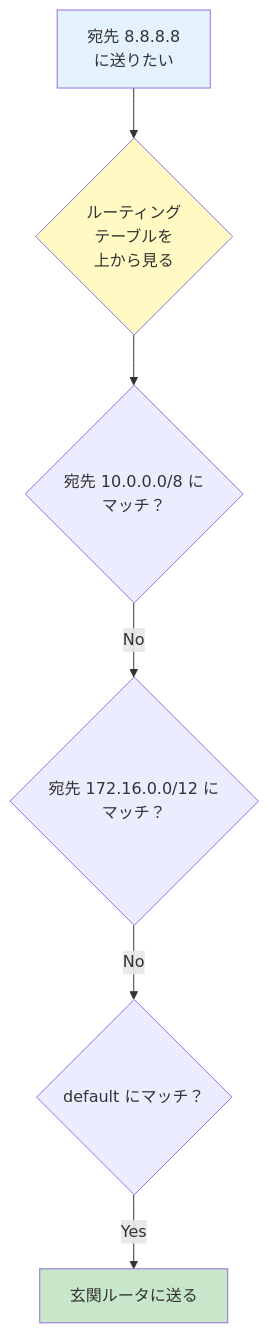
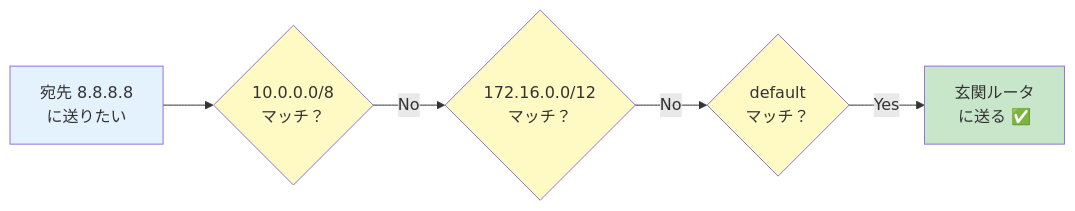
Before and after one commit to Tsunanko/netpractice-guide: the third of 3 diagrams in docs/01-basics/gateway.md, drawn with Mermaid. The commit also changed 4 other files, not shown here.

First line of the commit message:
Make Mermaid figures readable and use viewport width effectively

````diff
--- a/docs/01-basics/gateway.md
+++ b/docs/01-basics/gateway.md
@@ -111,12 +111,13 @@
 ```mermaid
-flowchart TD
-    Start[宛先 8.8.8.8<br>に送りたい] --> Check{ルーティング<br>テーブルを<br>上から見る}
-    Check --> R1{宛先 10.0.0.0/8 に<br>マッチ？}
-    R1 -->|No| R2{宛先 172.16.0.0/12 に<br>マッチ？}
-    R2 -->|No| Default{default にマッチ？}
-    Default -->|Yes| Gate[玄関ルータに送る]
+flowchart LR
+    Start[宛先 8.8.8.8<br>に送りたい] --> R1{10.0.0.0/8<br>マッチ？}
+    R1 -->|No| R2{172.16.0.0/12<br>マッチ？}
+    R2 -->|No| Default{default<br>マッチ？}
+    Default -->|Yes| Gate[玄関ルータ<br>に送る ✅]
 
     style Start fill:#E3F2FD
-    style Check fill:#FFF9C4
+    style R1 fill:#FFF9C4
+    style R2 fill:#FFF9C4
+    style Default fill:#FFF9C4
     style Gate fill:#C8E6C9
 ```
````
